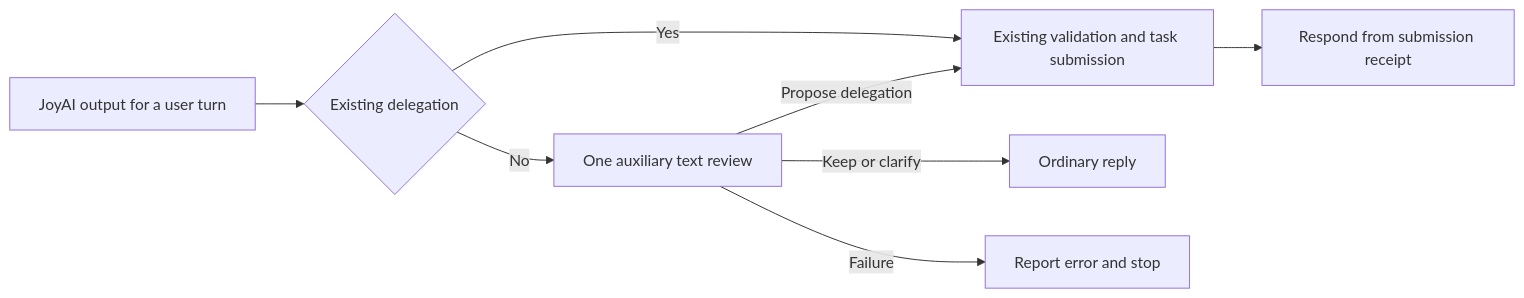
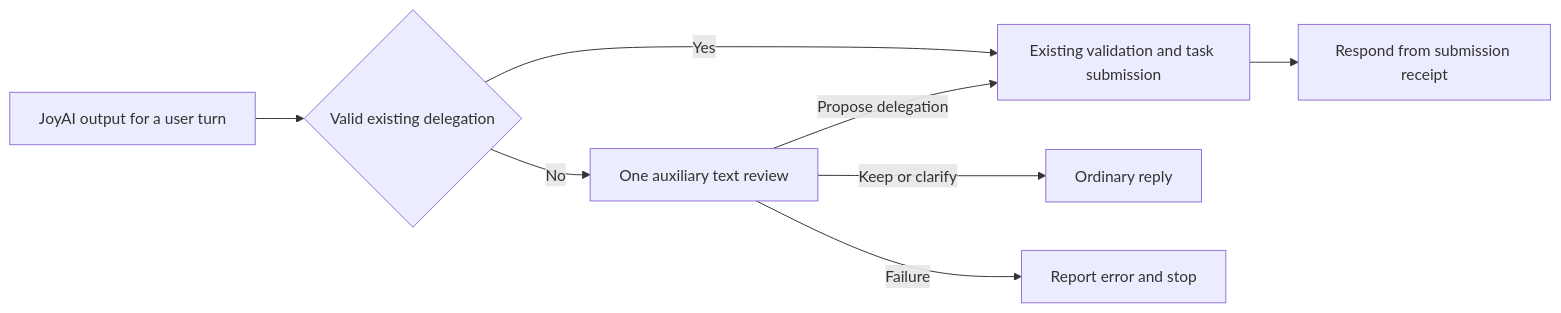
One commit to openJiuwen-ai/jiuwenswarm changed the second of 5 diagrams in docs/en/FullDuplex.md. Above: the diagram before and after it, drawn with Mermaid. The commit also changed other lines of this file and 27 other files, not shown here.

````diff
--- a/docs/en/FullDuplex.md
+++ b/docs/en/FullDuplex.md
@@ -132,10 +148,10 @@
 ```mermaid
 flowchart LR
-  Output[JoyAI output for a user turn] --> Call{Existing delegation}
+  Output[JoyAI output for a user turn] --> Call{Valid existing delegation}
   Call -->|Yes| Validate[Existing validation and task submission]
   Call -->|No| Helper[One auxiliary text review]
   Helper -->|Propose delegation| Validate
   Helper -->|Keep or clarify| Reply[Ordinary reply]
   Helper -->|Failure| Error[Report error and stop]
   Validate --> Receipt[Respond from submission receipt]
 ```
````
